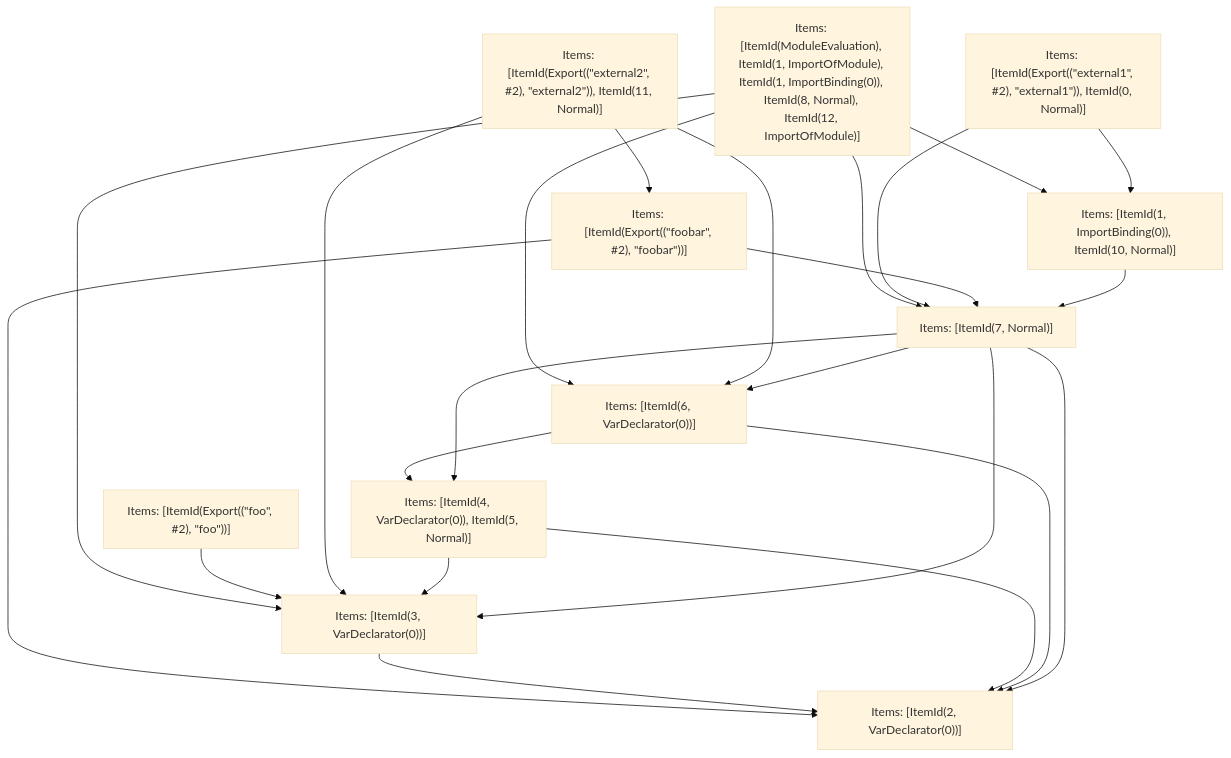
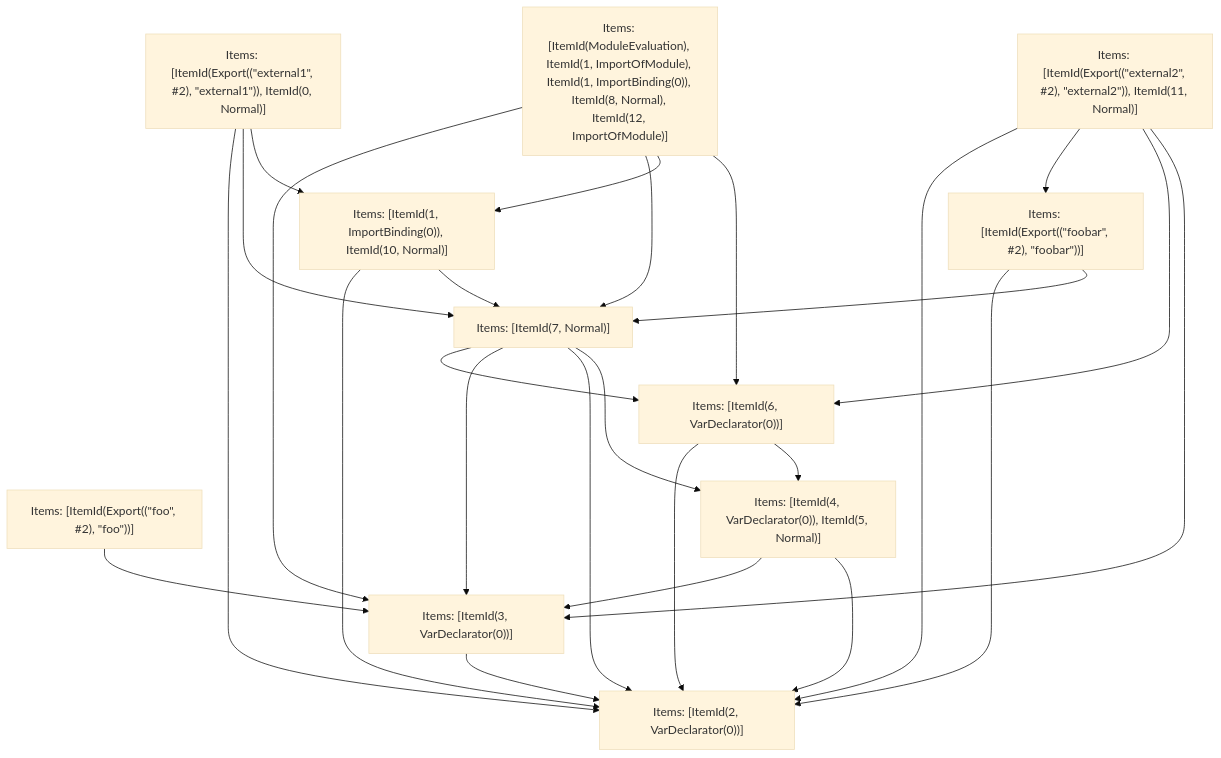
Before and after one commit to vercel/turborepo: the fifth of 5 diagrams in crates/turbopack-ecmascript/tests/tree-shaker/analyzer/2/output.md, drawn with Mermaid (base theme). The commit also changed other lines of this file and 63 other files, not shown here.

````diff
--- a/crates/turbopack-ecmascript/tests/tree-shaker/analyzer/2/output.md
+++ b/crates/turbopack-ecmascript/tests/tree-shaker/analyzer/2/output.md
@@ -365,36 +371,39 @@
 ```mermaid
 graph TD
     N0["Items: [ItemId(ModuleEvaluation), ItemId(1, ImportOfModule), ItemId(1, ImportBinding(0)), ItemId(8, Normal), ItemId(12, ImportOfModule)]"];
     N1["Items: [ItemId(Export((&quot;external1&quot;, #2), &quot;external1&quot;)), ItemId(0, Normal)]"];
     N2["Items: [ItemId(Export((&quot;foobar&quot;, #2), &quot;foobar&quot;))]"];
     N3["Items: [ItemId(Export((&quot;foo&quot;, #2), &quot;foo&quot;))]"];
     N4["Items: [ItemId(Export((&quot;external2&quot;, #2), &quot;external2&quot;)), ItemId(11, Normal)]"];
     N5["Items: [ItemId(2, VarDeclarator(0))]"];
     N6["Items: [ItemId(3, VarDeclarator(0))]"];
     N7["Items: [ItemId(4, VarDeclarator(0)), ItemId(5, Normal)]"];
     N8["Items: [ItemId(6, VarDeclarator(0))]"];
     N9["Items: [ItemId(7, Normal)]"];
     N10["Items: [ItemId(1, ImportBinding(0)), ItemId(10, Normal)]"];
     N0 --> N8;
     N0 --> N10;
     N0 --> N9;
     N0 --> N6;
     N1 --> N10;
     N1 --> N9;
+    N1 --> N5;
     N2 --> N9;
     N2 --> N5;
     N3 --> N6;
     N4 --> N6;
     N4 --> N8;
     N4 --> N2;
+    N4 --> N5;
     N6 --> N5;
     N7 --> N5;
     N7 --> N6;
     N8 --> N7;
     N8 --> N5;
     N9 --> N7;
     N9 --> N5;
     N9 --> N6;
     N9 --> N8;
     N10 --> N9;
+    N10 --> N5;
 ```
````
